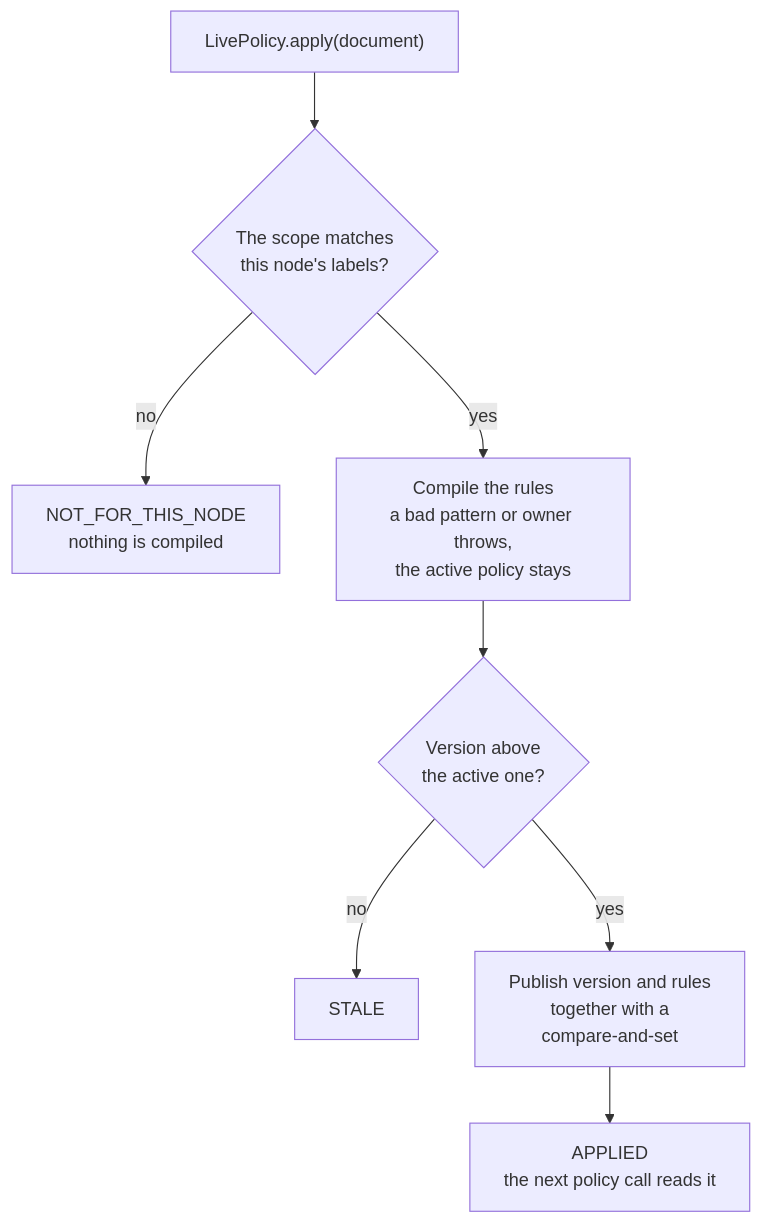
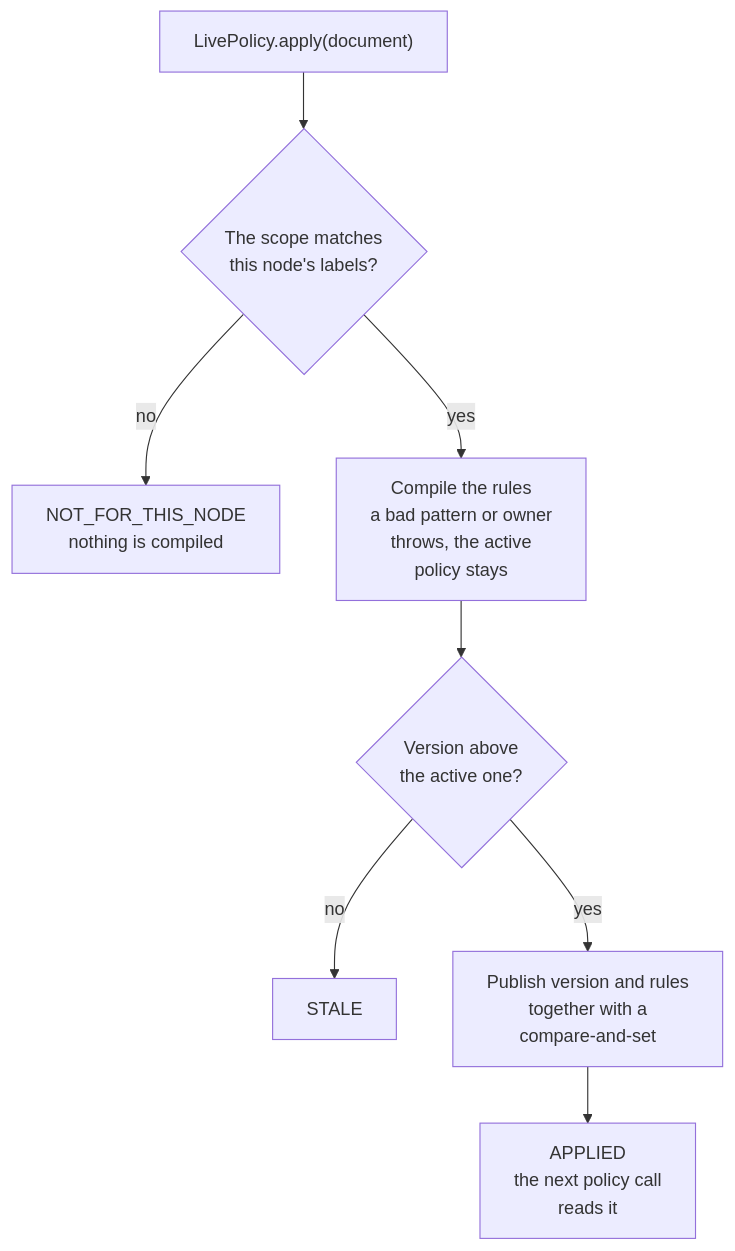
Before and after one commit to BlivionIaG/sjws_nettask: the first of 2 diagrams in docs/design/control-plane-security.md, drawn with Mermaid. The commit also changed other lines of this file and 19 other files, not shown here.

First line of the commit message:
docs: fix the diagrams the fact-check found imprecise

````diff
--- a/docs/design/control-plane-security.md
+++ b/docs/design/control-plane-security.md
@@ -45,10 +45,10 @@
 ```mermaid
 flowchart TD
     a["LivePolicy.apply(document)"] --> s{"The scope matches<br/>this node's labels?"}
     s -->|no| nf["NOT_FOR_THIS_NODE<br/>nothing is compiled"]
-    s -->|yes| c["Compile the rules<br/>a bad pattern or owner throws,<br/>the active policy stays"]
+    s -->|yes| c["Compile the rules<br/>a bad pattern or owner<br/>throws, the active<br/>policy stays"]
     c --> v{"Version above<br/>the active one?"}
     v -->|no| st["STALE"]
     v -->|yes| p["Publish version and rules<br/>together with a<br/>compare-and-set"]
-    p --> ap["APPLIED<br/>the next policy call reads it"]
+    p --> ap["APPLIED<br/>the next policy call<br/>reads it"]
 ```
````
